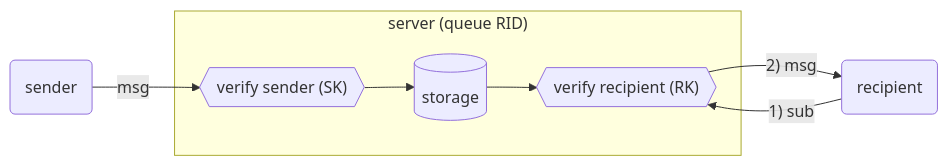
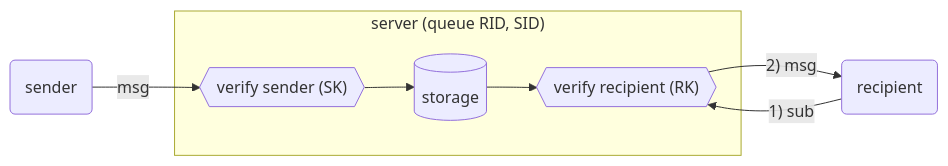
One commit to simplex-chat/simplex-chat changed the diagram in diagrams/simplex-messaging/simplex.mmd. Above: the diagram before and after it, drawn with Mermaid. The commit also changed 2 other files, not shown here.

```diff
--- a/diagrams/simplex-messaging/simplex.mmd
+++ b/diagrams/simplex-messaging/simplex.mmd
@@ -1,11 +1,11 @@
 graph LR
   VS{{"verify sender (SK)"}}
   VR{{"verify recipient (RK)"}}
 
   S(sender) -->|msg| VS
-  subgraph "server (queue RID)"
+  subgraph "server (queue RID, SID)"
     VS --> DB[("storage")]
     DB --> VR
   end
   R(recipient) -->|"1) sub"| VR
   VR -->|"2) msg"| R
```
